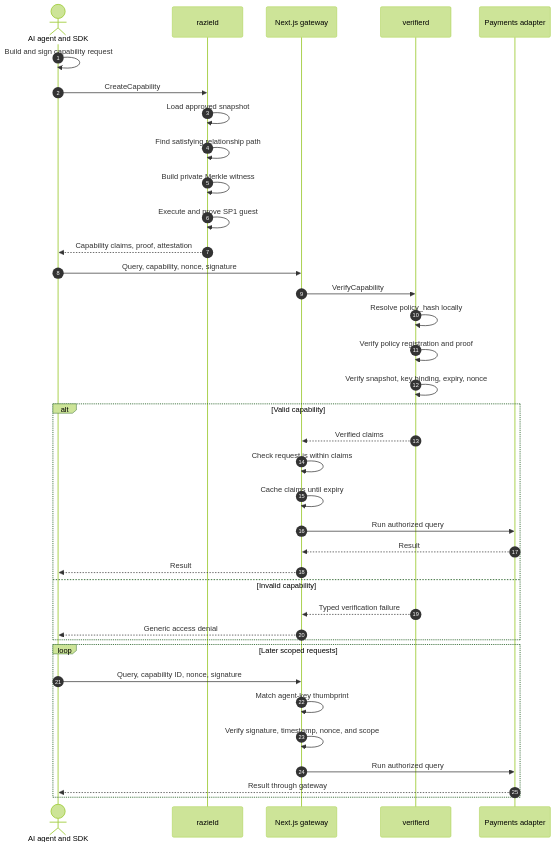
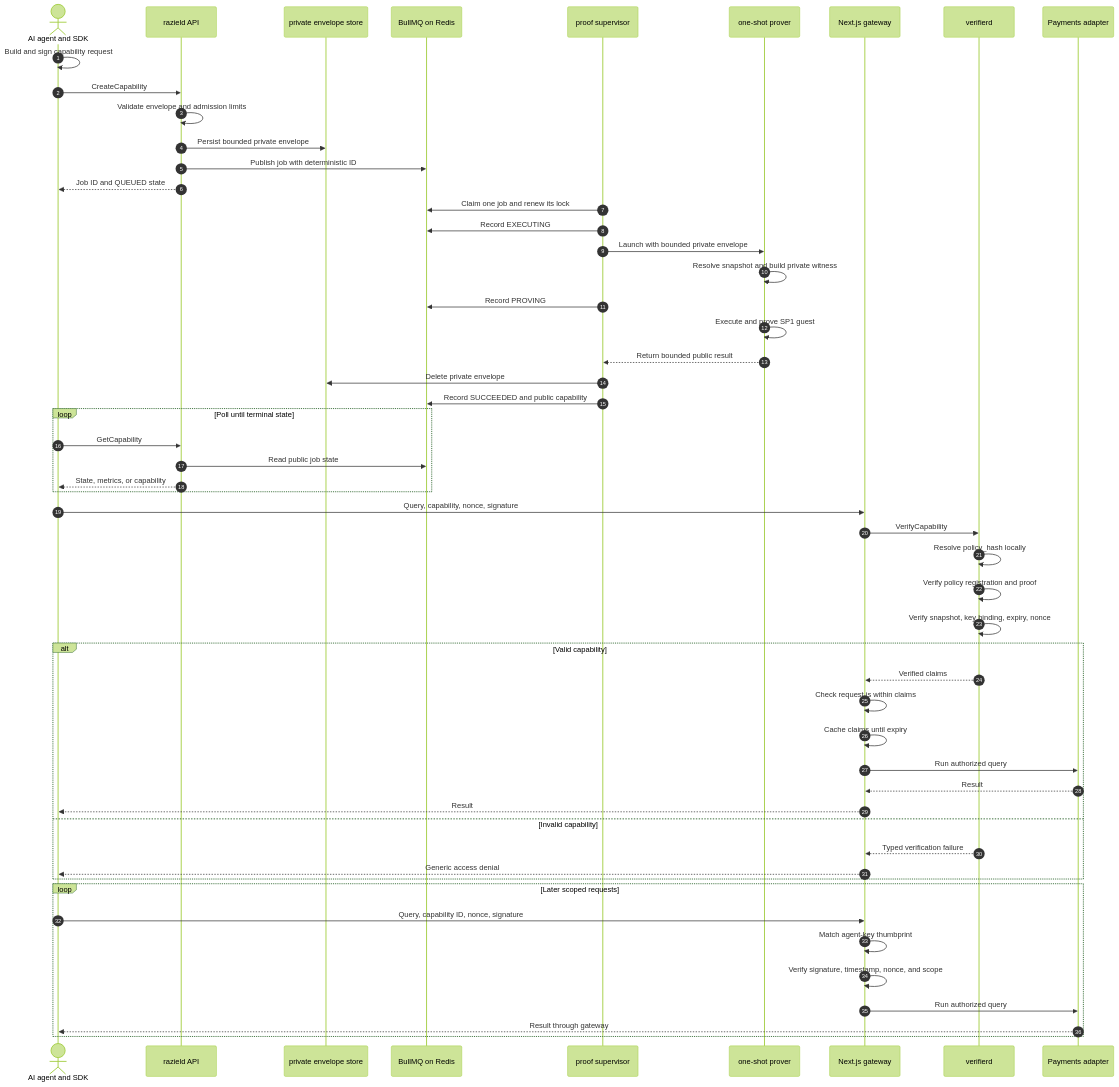
Before and after one commit to gitaalekhyapaul/hypha-backend: the third of 3 diagrams in ARCHITECTURE.md, drawn with Mermaid (forest theme). The commit also changed other lines of this file and 7 other files, not shown here.

````diff
--- a/ARCHITECTURE.md
+++ b/ARCHITECTURE.md
@@ -226,43 +286,61 @@
 ```mermaid
 sequenceDiagram
     autonumber
     actor A as AI agent and SDK
-    participant R as razield
+    participant R as razield API
+    participant B as private envelope store
+    participant Q as BullMQ on Redis
+    participant W as proof supervisor
+    participant E as one-shot prover
     participant G as Next.js gateway
     participant V as verifierd
     participant P as Payments adapter
 
     A->>A: Build and sign capability request
     A->>R: CreateCapability
-    R->>R: Load approved snapshot
-    R->>R: Find satisfying relationship path
-    R->>R: Build private Merkle witness
-    R->>R: Execute and prove SP1 guest
-    R-->>A: Capability claims, proof, attestation
+    R->>R: Validate envelope and admission limits
+    R->>B: Persist bounded private envelope
+    R->>Q: Publish job with deterministic ID
+    R-->>A: Job ID and QUEUED state
+    W->>Q: Claim one job and renew its lock
+    W->>Q: Record EXECUTING
+    W->>E: Launch with bounded private envelope
+    E->>E: Resolve snapshot and build private witness
+    W->>Q: Record PROVING
+    E->>E: Execute and prove SP1 guest
+    E-->>W: Return bounded public result
+    W->>B: Delete private envelope
+    W->>Q: Record SUCCEEDED and public capability
+
+    loop Poll until terminal state
+        A->>R: GetCapability
+        R->>Q: Read public job state
+        R-->>A: State, metrics, or capability
+    end
 
     A->>G: Query, capability, nonce, signature
     G->>V: VerifyCapability
     V->>V: Resolve policy_hash locally
     V->>V: Verify policy registration and proof
     V->>V: Verify snapshot, key binding, expiry, nonce
 
     alt Valid capability
         V-->>G: Verified claims
         G->>G: Check request is within claims
         G->>G: Cache claims until expiry
         G->>P: Run authorized query
         P-->>G: Result
         G-->>A: Result
     else Invalid capability
         V-->>G: Typed verification failure
         G-->>A: Generic access denial
     end
 
     loop Later scoped requests
         A->>G: Query, capability ID, nonce, signature
         G->>G: Match agent-key thumbprint
         G->>G: Verify signature, timestamp, nonce, and scope
         G->>P: Run authorized query
         P-->>A: Result through gateway
     end
 ```
````
